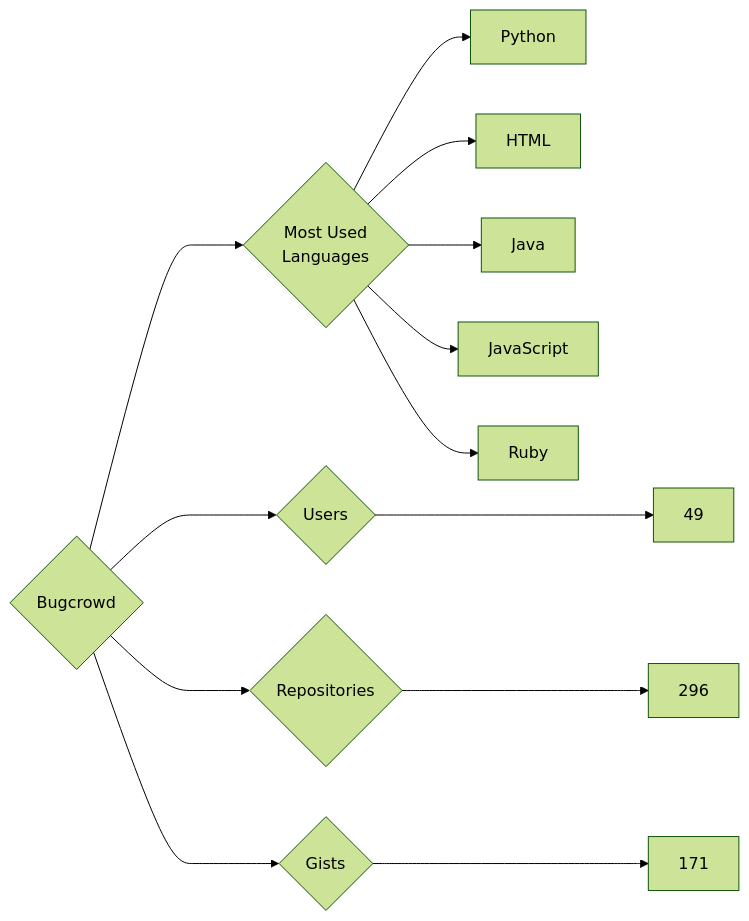
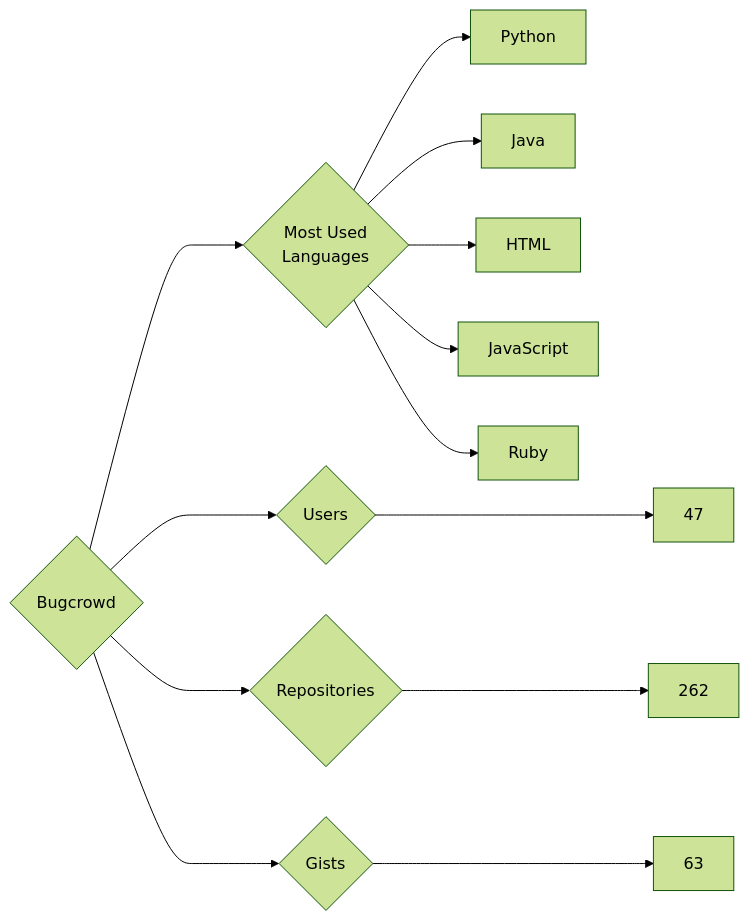
Before and after one commit to trickest/insiders: the diagram in targets/Bugcrowd/README.md, drawn with Mermaid (forest theme). The commit also changed 914 other files, not shown here.

````diff
--- a/targets/Bugcrowd/README.md
+++ b/targets/Bugcrowd/README.md
@@ -3,13 +3,13 @@
 ```mermaid
 graph LR
 COMPANY_NAME{Bugcrowd}
-COMPANY_NAME ---> U{Users} ---> UN[49]
-COMPANY_NAME ---> R{Repositories} ---> RN[296]
-COMPANY_NAME ---> G{Gists} ---> GN[171]
+COMPANY_NAME ---> U{Users} ---> UN[47]
+COMPANY_NAME ---> R{Repositories} ---> RN[262]
+COMPANY_NAME ---> G{Gists} ---> GN[63]
 COMPANY_NAME ---> ML{Most Used<br>Languages}
 ML --> Python[Python]
+ML --> Java[Java]
 ML --> HTML[HTML]
-ML --> Java[Java]
 ML --> JavaScript[JavaScript]
 ML --> Ruby[Ruby]
 ```
````
